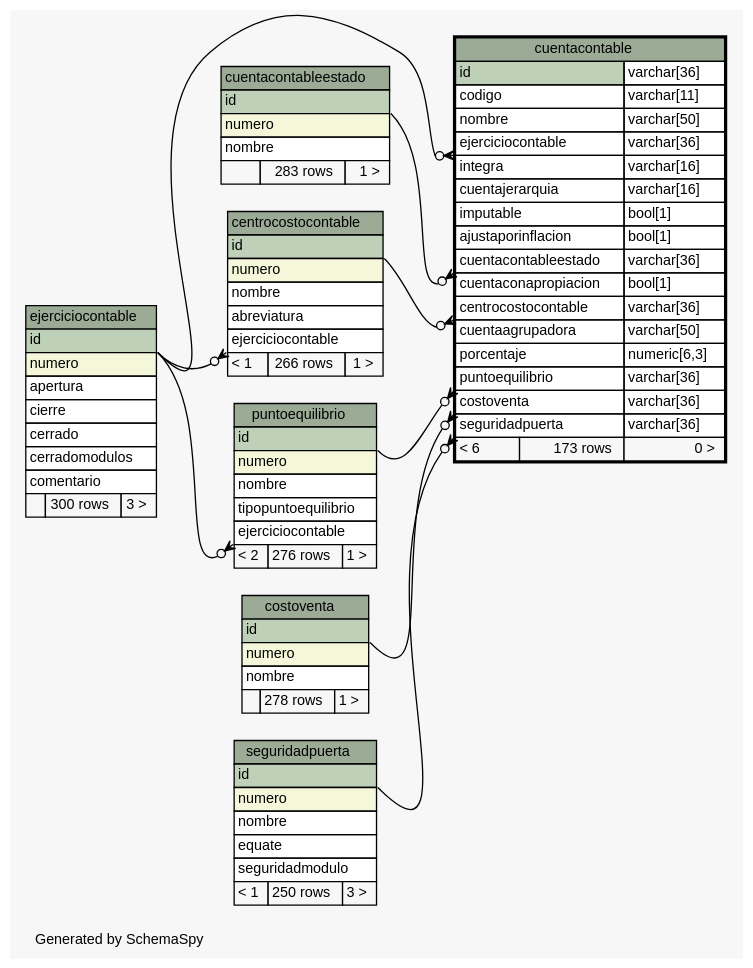
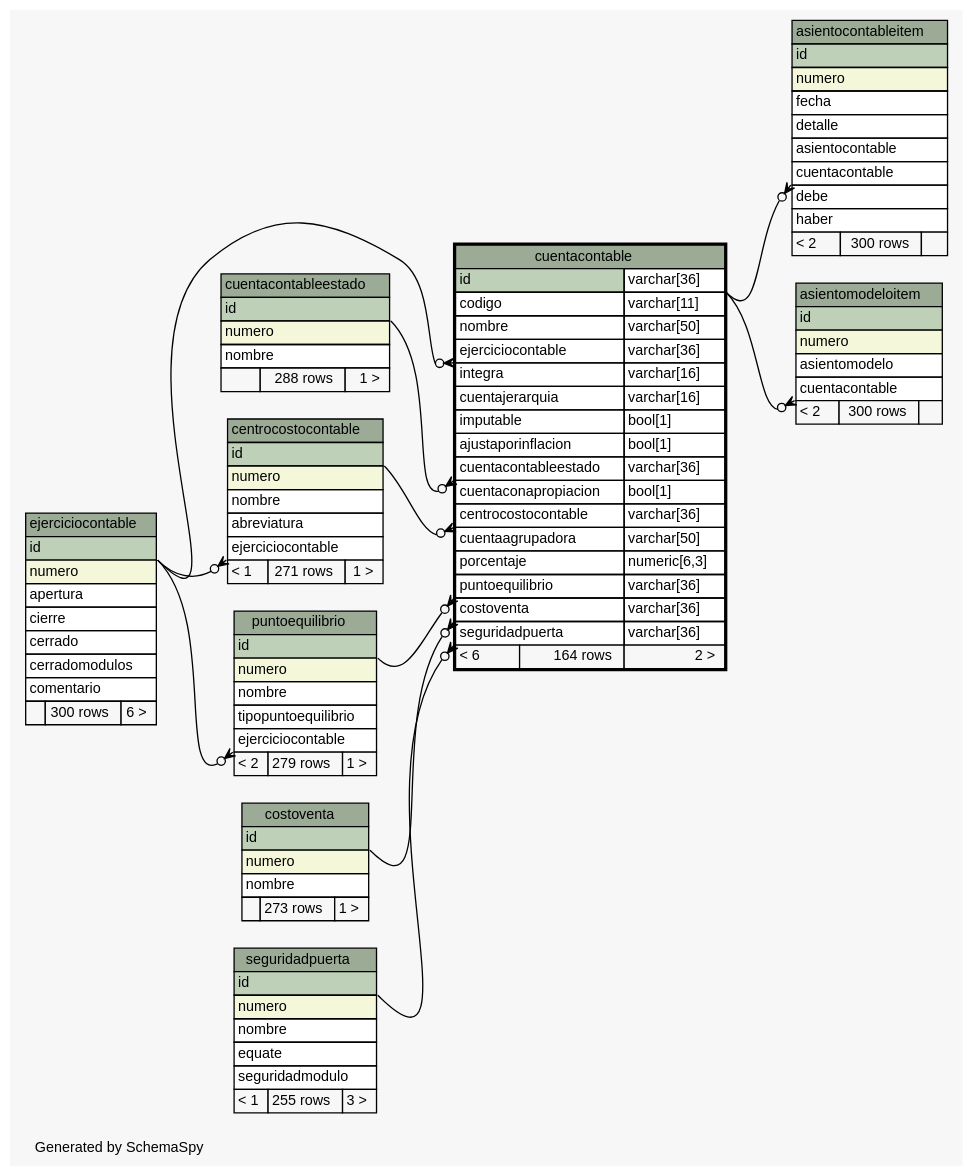
One commit to diegopablomansilla/massoftware_front changed the diagram in postgresql/schemaSpy/salida/diagrams/cuentacontable.1degree.dot. Above: the diagram before and after it, drawn with Graphviz. The commit also changed 298 other files, not shown here.

```diff
--- a/postgresql/schemaSpy/salida/diagrams/cuentacontable.1degree.dot
+++ b/postgresql/schemaSpy/salida/diagrams/cuentacontable.1degree.dot
@@ -1,137 +1,169 @@
 // dot 2.2.1 on Windows 10 10.0
 // SchemaSpy rev 590
 digraph "oneDegreeRelationshipsDiagram" {
   graph [
     rankdir="RL"
     bgcolor="#f7f7f7"
     label="\nGenerated by SchemaSpy"
     labeljust="l"
     nodesep="0.18"
     ranksep="0.46"
     fontname="Helvetica"
     fontsize="11"
   ];
   node [
     fontname="Helvetica"
     fontsize="11"
     shape="plaintext"
   ];
   edge [
     arrowsize="0.8"
   ];
+  "asientocontableitem":"cuentacontable":sw -> "cuentacontable":"id.type":se [arrowhead=none dir=back arrowtail=crowodot];
+  "asientomodeloitem":"cuentacontable":sw -> "cuentacontable":"id.type":se [arrowhead=none dir=back arrowtail=crowodot];
   "centrocostocontable":"ejerciciocontable":sw -> "ejerciciocontable":"id":se [arrowhead=none dir=back arrowtail=crowodot];
   "cuentacontable":"centrocostocontable":sw -> "centrocostocontable":"id":se [arrowhead=none dir=back arrowtail=crowodot];
   "cuentacontable":"costoventa":sw -> "costoventa":"id":se [arrowhead=none dir=back arrowtail=crowodot];
   "cuentacontable":"cuentacontableestado":sw -> "cuentacontableestado":"id":se [arrowhead=none dir=back arrowtail=crowodot];
   "cuentacontable":"ejerciciocontable":sw -> "ejerciciocontable":"id":se [arrowhead=none dir=back arrowtail=crowodot];
   "cuentacontable":"puntoequilibrio":sw -> "puntoequilibrio":"id":se [arrowhead=none dir=back arrowtail=crowodot];
   "cuentacontable":"seguridadpuerta":sw -> "seguridadpuerta":"id":se [arrowhead=none dir=back arrowtail=crowodot];
   "puntoequilibrio":"ejerciciocontable":sw -> "ejerciciocontable":"id":se [arrowhead=none dir=back arrowtail=crowodot];
+  "asientocontableitem" [
+    label=<
+    <TABLE BORDER="0" CELLBORDER="1" CELLSPACING="0" BGCOLOR="#ffffff">
+      <TR><TD COLSPAN="3" BGCOLOR="#9bab96" ALIGN="CENTER">asientocontableitem</TD></TR>
+      <TR><TD PORT="id" COLSPAN="3" BGCOLOR="#bed1b8" ALIGN="LEFT">id</TD></TR>
+      <TR><TD PORT="numero" COLSPAN="3" BGCOLOR="#f4f7da" ALIGN="LEFT">numero</TD></TR>
+      <TR><TD PORT="fecha" COLSPAN="3" ALIGN="LEFT">fecha</TD></TR>
+      <TR><TD PORT="detalle" COLSPAN="3" ALIGN="LEFT">detalle</TD></TR>
+      <TR><TD PORT="asientocontable" COLSPAN="3" ALIGN="LEFT">asientocontable</TD></TR>
+      <TR><TD PORT="cuentacontable" COLSPAN="3" ALIGN="LEFT">cuentacontable</TD></TR>
+      <TR><TD PORT="debe" COLSPAN="3" ALIGN="LEFT">debe</TD></TR>
+      <TR><TD PORT="haber" COLSPAN="3" ALIGN="LEFT">haber</TD></TR>
+      <TR><TD ALIGN="LEFT" BGCOLOR="#f7f7f7">&lt; 2</TD><TD ALIGN="RIGHT" BGCOLOR="#f7f7f7">300 rows</TD><TD ALIGN="RIGHT" BGCOLOR="#f7f7f7">  </TD></TR>
+    </TABLE>>
+    URL="asientocontableitem.html"
+    tooltip="asientocontableitem"
+  ];
+  "asientomodeloitem" [
+    label=<
+    <TABLE BORDER="0" CELLBORDER="1" CELLSPACING="0" BGCOLOR="#ffffff">
+      <TR><TD COLSPAN="3" BGCOLOR="#9bab96" ALIGN="CENTER">asientomodeloitem</TD></TR>
+      <TR><TD PORT="id" COLSPAN="3" BGCOLOR="#bed1b8" ALIGN="LEFT">id</TD></TR>
+      <TR><TD PORT="numero" COLSPAN="3" BGCOLOR="#f4f7da" ALIGN="LEFT">numero</TD></TR>
+      <TR><TD PORT="asientomodelo" COLSPAN="3" ALIGN="LEFT">asientomodelo</TD></TR>
+      <TR><TD PORT="cuentacontable" COLSPAN="3" ALIGN="LEFT">cuentacontable</TD></TR>
+      <TR><TD ALIGN="LEFT" BGCOLOR="#f7f7f7">&lt; 2</TD><TD ALIGN="RIGHT" BGCOLOR="#f7f7f7">300 rows</TD><TD ALIGN="RIGHT" BGCOLOR="#f7f7f7">  </TD></TR>
+    </TABLE>>
+    URL="asientomodeloitem.html"
+    tooltip="asientomodeloitem"
+  ];
   "centrocostocontable" [
     label=<
     <TABLE BORDER="0" CELLBORDER="1" CELLSPACING="0" BGCOLOR="#ffffff">
       <TR><TD COLSPAN="3" BGCOLOR="#9bab96" ALIGN="CENTER">centrocostocontable</TD></TR>
       <TR><TD PORT="id" COLSPAN="3" BGCOLOR="#bed1b8" ALIGN="LEFT">id</TD></TR>
       <TR><TD PORT="numero" COLSPAN="3" BGCOLOR="#f4f7da" ALIGN="LEFT">numero</TD></TR>
       <TR><TD PORT="nombre" COLSPAN="3" ALIGN="LEFT">nombre</TD></TR>
       <TR><TD PORT="abreviatura" COLSPAN="3" ALIGN="LEFT">abreviatura</TD></TR>
       <TR><TD PORT="ejerciciocontable" COLSPAN="3" ALIGN="LEFT">ejerciciocontable</TD></TR>
-      <TR><TD ALIGN="LEFT" BGCOLOR="#f7f7f7">&lt; 1</TD><TD ALIGN="RIGHT" BGCOLOR="#f7f7f7">266 rows</TD><TD ALIGN="RIGHT" BGCOLOR="#f7f7f7">1 &gt;</TD></TR>
+      <TR><TD ALIGN="LEFT" BGCOLOR="#f7f7f7">&lt; 1</TD><TD ALIGN="RIGHT" BGCOLOR="#f7f7f7">271 rows</TD><TD ALIGN="RIGHT" BGCOLOR="#f7f7f7">1 &gt;</TD></TR>
     </TABLE>>
     URL="centrocostocontable.html"
     tooltip="centrocostocontable"
   ];
   "costoventa" [
     label=<
     <TABLE BORDER="0" CELLBORDER="1" CELLSPACING="0" BGCOLOR="#ffffff">
       <TR><TD COLSPAN="3" BGCOLOR="#9bab96" ALIGN="CENTER">costoventa</TD></TR>
       <TR><TD PORT="id" COLSPAN="3" BGCOLOR="#bed1b8" ALIGN="LEFT">id</TD></TR>
       <TR><TD PORT="numero" COLSPAN="3" BGCOLOR="#f4f7da" ALIGN="LEFT">numero</TD></TR>
       <TR><TD PORT="nombre" COLSPAN="3" ALIGN="LEFT">nombre</TD></TR>
-      <TR><TD ALIGN="LEFT" BGCOLOR="#f7f7f7">  </TD><TD ALIGN="RIGHT" BGCOLOR="#f7f7f7">278 rows</TD><TD ALIGN="RIGHT" BGCOLOR="#f7f7f7">1 &gt;</TD></TR>
+      <TR><TD ALIGN="LEFT" BGCOLOR="#f7f7f7">  </TD><TD ALIGN="RIGHT" BGCOLOR="#f7f7f7">273 rows</TD><TD ALIGN="RIGHT" BGCOLOR="#f7f7f7">1 &gt;</TD></TR>
     </TABLE>>
     URL="costoventa.html"
     tooltip="costoventa"
   ];
   "cuentacontable" [
     label=<
     <TABLE BORDER="2" CELLBORDER="1" CELLSPACING="0" BGCOLOR="#ffffff">
       <TR><TD COLSPAN="3" BGCOLOR="#9bab96" ALIGN="CENTER">cuentacontable</TD></TR>
       <TR><TD PORT="id" COLSPAN="2" BGCOLOR="#bed1b8" ALIGN="LEFT">id</TD><TD PORT="id.type" ALIGN="LEFT">varchar[36]</TD></TR>
       <TR><TD PORT="codigo" COLSPAN="2" ALIGN="LEFT">codigo</TD><TD PORT="codigo.type" ALIGN="LEFT">varchar[11]</TD></TR>
       <TR><TD PORT="nombre" COLSPAN="2" ALIGN="LEFT">nombre</TD><TD PORT="nombre.type" ALIGN="LEFT">varchar[50]</TD></TR>
       <TR><TD PORT="ejerciciocontable" COLSPAN="2" ALIGN="LEFT">ejerciciocontable</TD><TD PORT="ejerciciocontable.type" ALIGN="LEFT">varchar[36]</TD></TR>
       <TR><TD PORT="integra" COLSPAN="2" ALIGN="LEFT">integra</TD><TD PORT="integra.type" ALIGN="LEFT">varchar[16]</TD></TR>
       <TR><TD PORT="cuentajerarquia" COLSPAN="2" ALIGN="LEFT">cuentajerarquia</TD><TD PORT="cuentajerarquia.type" ALIGN="LEFT">varchar[16]</TD></TR>
       <TR><TD PORT="imputable" COLSPAN="2" ALIGN="LEFT">imputable</TD><TD PORT="imputable.type" ALIGN="LEFT">bool[1]</TD></TR>
       <TR><TD PORT="ajustaporinflacion" COLSPAN="2" ALIGN="LEFT">ajustaporinflacion</TD><TD PORT="ajustaporinflacion.type" ALIGN="LEFT">bool[1]</TD></TR>
       <TR><TD PORT="cuentacontableestado" COLSPAN="2" ALIGN="LEFT">cuentacontableestado</TD><TD PORT="cuentacontableestado.type" ALIGN="LEFT">varchar[36]</TD></TR>
       <TR><TD PORT="cuentaconapropiacion" COLSPAN="2" ALIGN="LEFT">cuentaconapropiacion</TD><TD PORT="cuentaconapropiacion.type" ALIGN="LEFT">bool[1]</TD></TR>
       <TR><TD PORT="centrocostocontable" COLSPAN="2" ALIGN="LEFT">centrocostocontable</TD><TD PORT="centrocostocontable.type" ALIGN="LEFT">varchar[36]</TD></TR>
       <TR><TD PORT="cuentaagrupadora" COLSPAN="2" ALIGN="LEFT">cuentaagrupadora</TD><TD PORT="cuentaagrupadora.type" ALIGN="LEFT">varchar[50]</TD></TR>
       <TR><TD PORT="porcentaje" COLSPAN="2" ALIGN="LEFT">porcentaje</TD><TD PORT="porcentaje.type" ALIGN="LEFT">numeric[6,3]</TD></TR>
       <TR><TD PORT="puntoequilibrio" COLSPAN="2" ALIGN="LEFT">puntoequilibrio</TD><TD PORT="puntoequilibrio.type" ALIGN="LEFT">varchar[36]</TD></TR>
       <TR><TD PORT="costoventa" COLSPAN="2" ALIGN="LEFT">costoventa</TD><TD PORT="costoventa.type" ALIGN="LEFT">varchar[36]</TD></TR>
       <TR><TD PORT="seguridadpuerta" COLSPAN="2" ALIGN="LEFT">seguridadpuerta</TD><TD PORT="seguridadpuerta.type" ALIGN="LEFT">varchar[36]</TD></TR>
-      <TR><TD ALIGN="LEFT" BGCOLOR="#f7f7f7">&lt; 6</TD><TD ALIGN="RIGHT" BGCOLOR="#f7f7f7">173 rows</TD><TD ALIGN="RIGHT" BGCOLOR="#f7f7f7">0 &gt;</TD></TR>
+      <TR><TD ALIGN="LEFT" BGCOLOR="#f7f7f7">&lt; 6</TD><TD ALIGN="RIGHT" BGCOLOR="#f7f7f7">164 rows</TD><TD ALIGN="RIGHT" BGCOLOR="#f7f7f7">2 &gt;</TD></TR>
     </TABLE>>
     URL="cuentacontable.html"
     tooltip="cuentacontable"
   ];
   "cuentacontableestado" [
     label=<
     <TABLE BORDER="0" CELLBORDER="1" CELLSPACING="0" BGCOLOR="#ffffff">
       <TR><TD COLSPAN="3" BGCOLOR="#9bab96" ALIGN="CENTER">cuentacontableestado</TD></TR>
       <TR><TD PORT="id" COLSPAN="3" BGCOLOR="#bed1b8" ALIGN="LEFT">id</TD></TR>
       <TR><TD PORT="numero" COLSPAN="3" BGCOLOR="#f4f7da" ALIGN="LEFT">numero</TD></TR>
       <TR><TD PORT="nombre" COLSPAN="3" ALIGN="LEFT">nombre</TD></TR>
-      <TR><TD ALIGN="LEFT" BGCOLOR="#f7f7f7">  </TD><TD ALIGN="RIGHT" BGCOLOR="#f7f7f7">283 rows</TD><TD ALIGN="RIGHT" BGCOLOR="#f7f7f7">1 &gt;</TD></TR>
+      <TR><TD ALIGN="LEFT" BGCOLOR="#f7f7f7">  </TD><TD ALIGN="RIGHT" BGCOLOR="#f7f7f7">288 rows</TD><TD ALIGN="RIGHT" BGCOLOR="#f7f7f7">1 &gt;</TD></TR>
     </TABLE>>
     URL="cuentacontableestado.html"
     tooltip="cuentacontableestado"
   ];
   "ejerciciocontable" [
     label=<
     <TABLE BORDER="0" CELLBORDER="1" CELLSPACING="0" BGCOLOR="#ffffff">
       <TR><TD COLSPAN="3" BGCOLOR="#9bab96" ALIGN="CENTER">ejerciciocontable</TD></TR>
       <TR><TD PORT="id" COLSPAN="3" BGCOLOR="#bed1b8" ALIGN="LEFT">id</TD></TR>
       <TR><TD PORT="numero" COLSPAN="3" BGCOLOR="#f4f7da" ALIGN="LEFT">numero</TD></TR>
       <TR><TD PORT="apertura" COLSPAN="3" ALIGN="LEFT">apertura</TD></TR>
       <TR><TD PORT="cierre" COLSPAN="3" ALIGN="LEFT">cierre</TD></TR>
       <TR><TD PORT="cerrado" COLSPAN="3" ALIGN="LEFT">cerrado</TD></TR>
       <TR><TD PORT="cerradomodulos" COLSPAN="3" ALIGN="LEFT">cerradomodulos</TD></TR>
       <TR><TD PORT="comentario" COLSPAN="3" ALIGN="LEFT">comentario</TD></TR>
-      <TR><TD ALIGN="LEFT" BGCOLOR="#f7f7f7">  </TD><TD ALIGN="RIGHT" BGCOLOR="#f7f7f7">300 rows</TD><TD ALIGN="RIGHT" BGCOLOR="#f7f7f7">3 &gt;</TD></TR>
+      <TR><TD ALIGN="LEFT" BGCOLOR="#f7f7f7">  </TD><TD ALIGN="RIGHT" BGCOLOR="#f7f7f7">300 rows</TD><TD ALIGN="RIGHT" BGCOLOR="#f7f7f7">6 &gt;</TD></TR>
     </TABLE>>
     URL="ejerciciocontable.html"
     tooltip="ejerciciocontable"
   ];
   "puntoequilibrio" [
     label=<
     <TABLE BORDER="0" CELLBORDER="1" CELLSPACING="0" BGCOLOR="#ffffff">
       <TR><TD COLSPAN="3" BGCOLOR="#9bab96" ALIGN="CENTER">puntoequilibrio</TD></TR>
       <TR><TD PORT="id" COLSPAN="3" BGCOLOR="#bed1b8" ALIGN="LEFT">id</TD></TR>
       <TR><TD PORT="numero" COLSPAN="3" BGCOLOR="#f4f7da" ALIGN="LEFT">numero</TD></TR>
       <TR><TD PORT="nombre" COLSPAN="3" ALIGN="LEFT">nombre</TD></TR>
       <TR><TD PORT="tipopuntoequilibrio" COLSPAN="3" ALIGN="LEFT">tipopuntoequilibrio</TD></TR>
       <TR><TD PORT="ejerciciocontable" COLSPAN="3" ALIGN="LEFT">ejerciciocontable</TD></TR>
-      <TR><TD ALIGN="LEFT" BGCOLOR="#f7f7f7">&lt; 2</TD><TD ALIGN="RIGHT" BGCOLOR="#f7f7f7">276 rows</TD><TD ALIGN="RIGHT" BGCOLOR="#f7f7f7">1 &gt;</TD></TR>
+      <TR><TD ALIGN="LEFT" BGCOLOR="#f7f7f7">&lt; 2</TD><TD ALIGN="RIGHT" BGCOLOR="#f7f7f7">279 rows</TD><TD ALIGN="RIGHT" BGCOLOR="#f7f7f7">1 &gt;</TD></TR>
     </TABLE>>
     URL="puntoequilibrio.html"
     tooltip="puntoequilibrio"
   ];
   "seguridadpuerta" [
     label=<
     <TABLE BORDER="0" CELLBORDER="1" CELLSPACING="0" BGCOLOR="#ffffff">
       <TR><TD COLSPAN="3" BGCOLOR="#9bab96" ALIGN="CENTER">seguridadpuerta</TD></TR>
       <TR><TD PORT="id" COLSPAN="3" BGCOLOR="#bed1b8" ALIGN="LEFT">id</TD></TR>
       <TR><TD PORT="numero" COLSPAN="3" BGCOLOR="#f4f7da" ALIGN="LEFT">numero</TD></TR>
       <TR><TD PORT="nombre" COLSPAN="3" ALIGN="LEFT">nombre</TD></TR>
       <TR><TD PORT="equate" COLSPAN="3" ALIGN="LEFT">equate</TD></TR>
       <TR><TD PORT="seguridadmodulo" COLSPAN="3" ALIGN="LEFT">seguridadmodulo</TD></TR>
-      <TR><TD ALIGN="LEFT" BGCOLOR="#f7f7f7">&lt; 1</TD><TD ALIGN="RIGHT" BGCOLOR="#f7f7f7">250 rows</TD><TD ALIGN="RIGHT" BGCOLOR="#f7f7f7">3 &gt;</TD></TR>
+      <TR><TD ALIGN="LEFT" BGCOLOR="#f7f7f7">&lt; 1</TD><TD ALIGN="RIGHT" BGCOLOR="#f7f7f7">255 rows</TD><TD ALIGN="RIGHT" BGCOLOR="#f7f7f7">3 &gt;</TD></TR>
     </TABLE>>
     URL="seguridadpuerta.html"
     tooltip="seguridadpuerta"
   ];
 }
```
